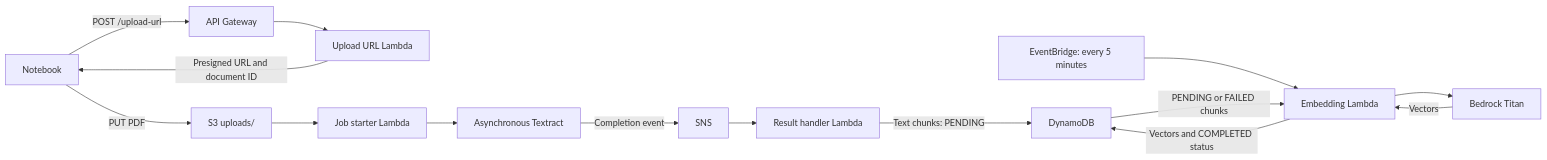
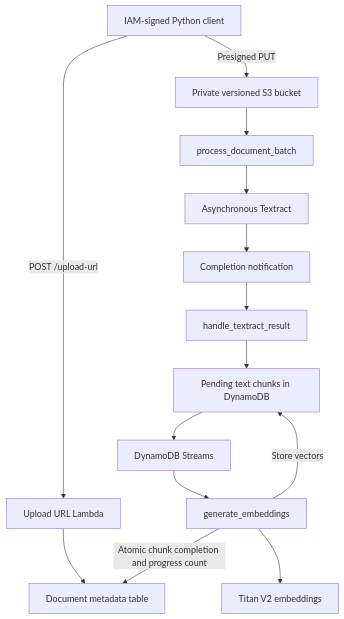
Before and after one commit to aryanorastar/UCS531-Cloud-Computing-Project: the first of 2 diagrams in ARCHITECTURE.md, drawn with Mermaid. The commit also changed other lines of this file and 38 other files, not shown here.

````diff
--- a/ARCHITECTURE.md
+++ b/ARCHITECTURE.md
@@ -28,17 +15,16 @@
 ```mermaid
-flowchart LR
-    Client[Notebook] -->|POST /upload-url| API[API Gateway]
-    API --> Upload[Upload URL Lambda]
-    Upload -->|Presigned URL and document ID| Client
-    Client -->|PUT PDF| S3[S3 uploads/]
-    S3 --> Starter[Job starter Lambda]
+flowchart TD
+    Client[IAM-signed Python client] -->|POST /upload-url| Register[Upload URL Lambda]
+    Register --> Documents[Document metadata table]
+    Client -->|Presigned PUT| S3[Private versioned S3 bucket]
+    S3 --> Starter[process_document_batch]
     Starter --> Textract[Asynchronous Textract]
-    Textract -->|Completion event| SNS[SNS]
-    SNS --> Handler[Result handler Lambda]
-    Handler -->|Text chunks: PENDING| DDB[DynamoDB]
-    Timer[EventBridge: every 5 minutes] --> Embed[Embedding Lambda]
-    DDB -->|PENDING or FAILED chunks| Embed
-    Embed --> Titan[Bedrock Titan]
-    Titan -->|Vectors| Embed
-    Embed -->|Vectors and COMPLETED status| DDB
+    Textract --> SNS[Completion notification]
+    SNS --> Handler[handle_textract_result]
+    Handler --> Chunks[Pending text chunks in DynamoDB]
+    Chunks --> Stream[DynamoDB Streams]
+    Stream --> Embed[generate_embeddings]
+    Embed --> Titan[Titan V2 embeddings]
+    Embed -->|Atomic chunk completion and progress count| Documents
+    Embed -->|Store vectors| Chunks
 ```
````
